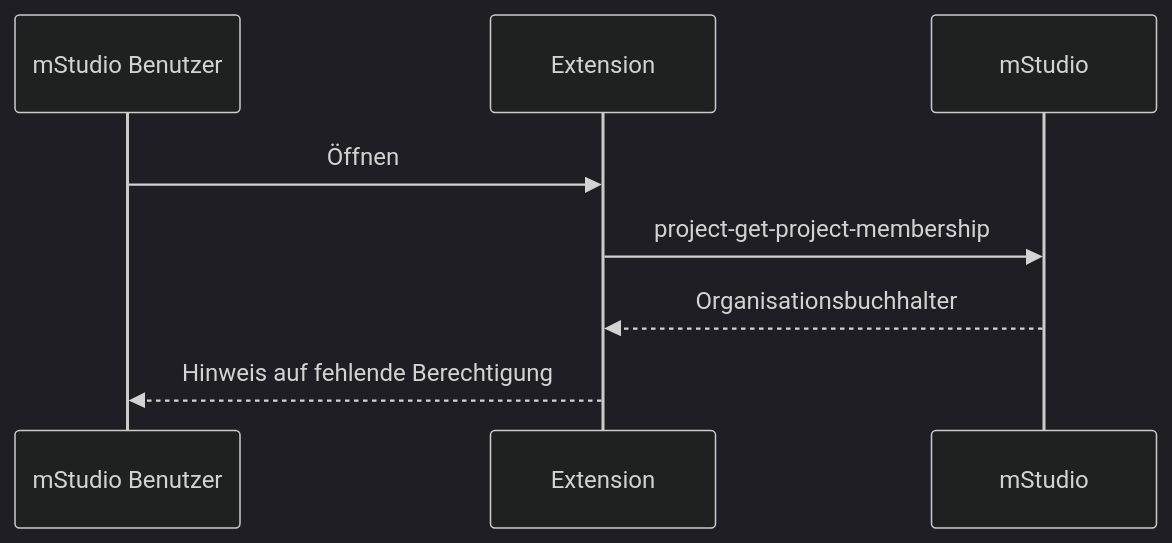
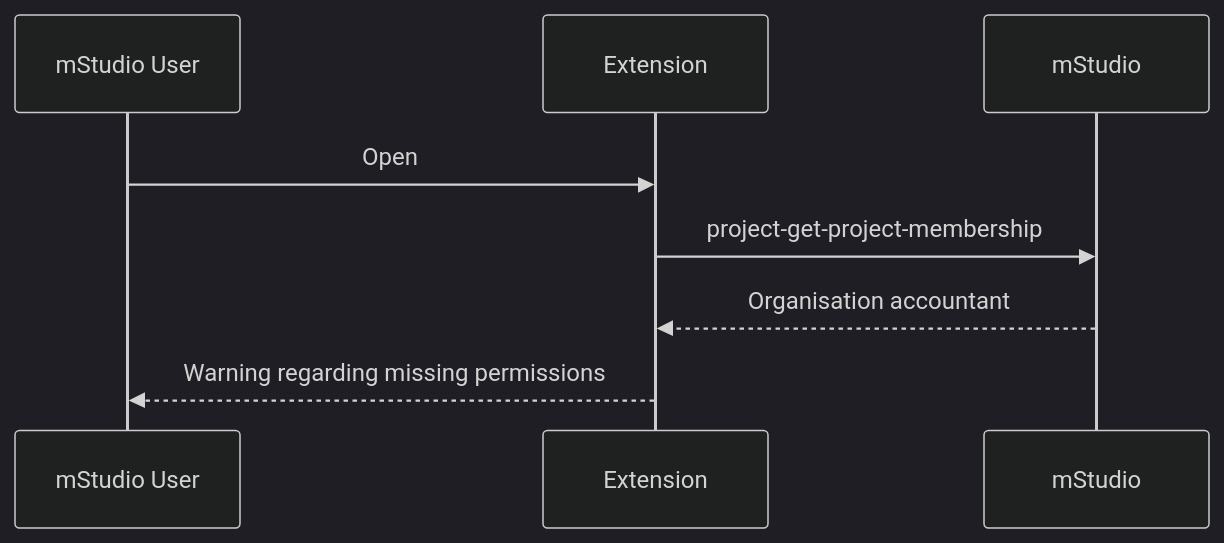
One commit to mittwald/developer-portal changed the second of 3 diagrams in docs/contribution/4-how-to/6-ensure-authorization.mdx. Above: the diagram before and after it, drawn with Mermaid (dark theme). The commit also changed other lines of this file, not shown here.

````diff
--- a/docs/contribution/4-how-to/6-ensure-authorization.mdx
+++ b/docs/contribution/4-how-to/6-ensure-authorization.mdx
@@ -48,11 +46,11 @@
 ```mermaid
 sequenceDiagram
-  participant User as mStudio Benutzer
+  participant User as mStudio User
   participant Extension
   participant mStudio
 
-  User->>Extension: Öffnen
+  User->>Extension: Open
   Extension->>mStudio: project-get-project-membership
-  mStudio-->>Extension: Organisationsbuchhalter
-  Extension-->>User: Hinweis auf fehlende Berechtigung
+  mStudio-->>Extension: Organisation accountant
+  Extension-->>User: Warning regarding missing permissions
 ```
````
